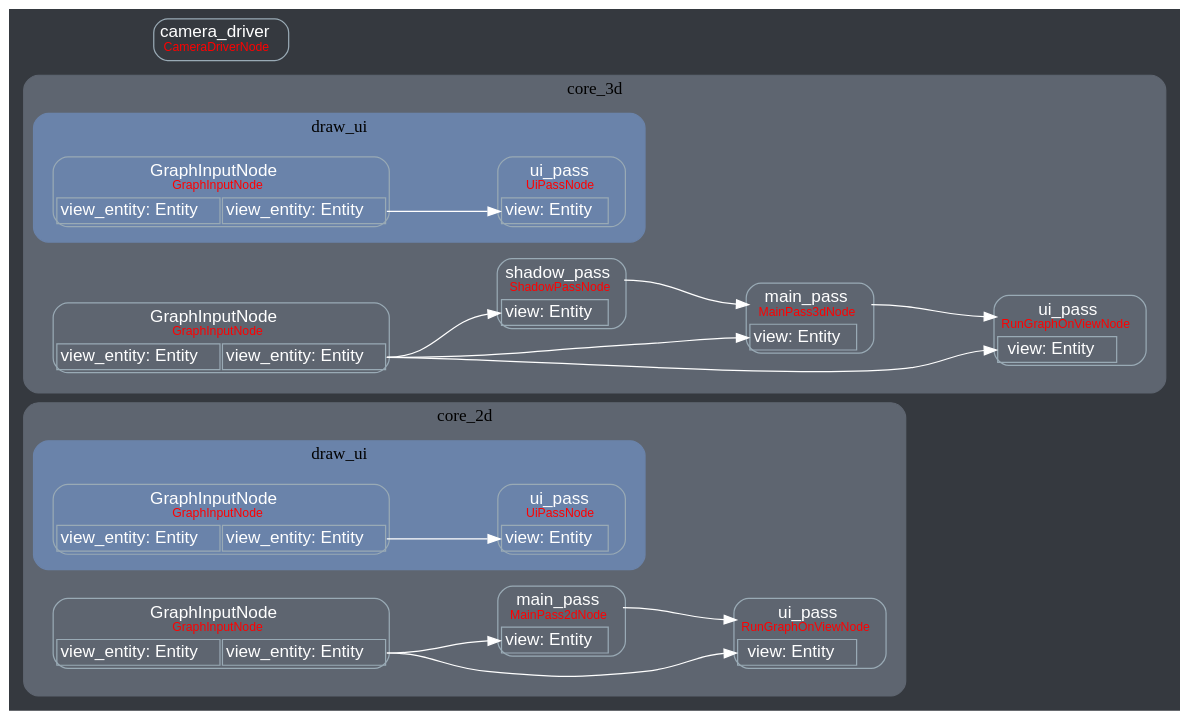
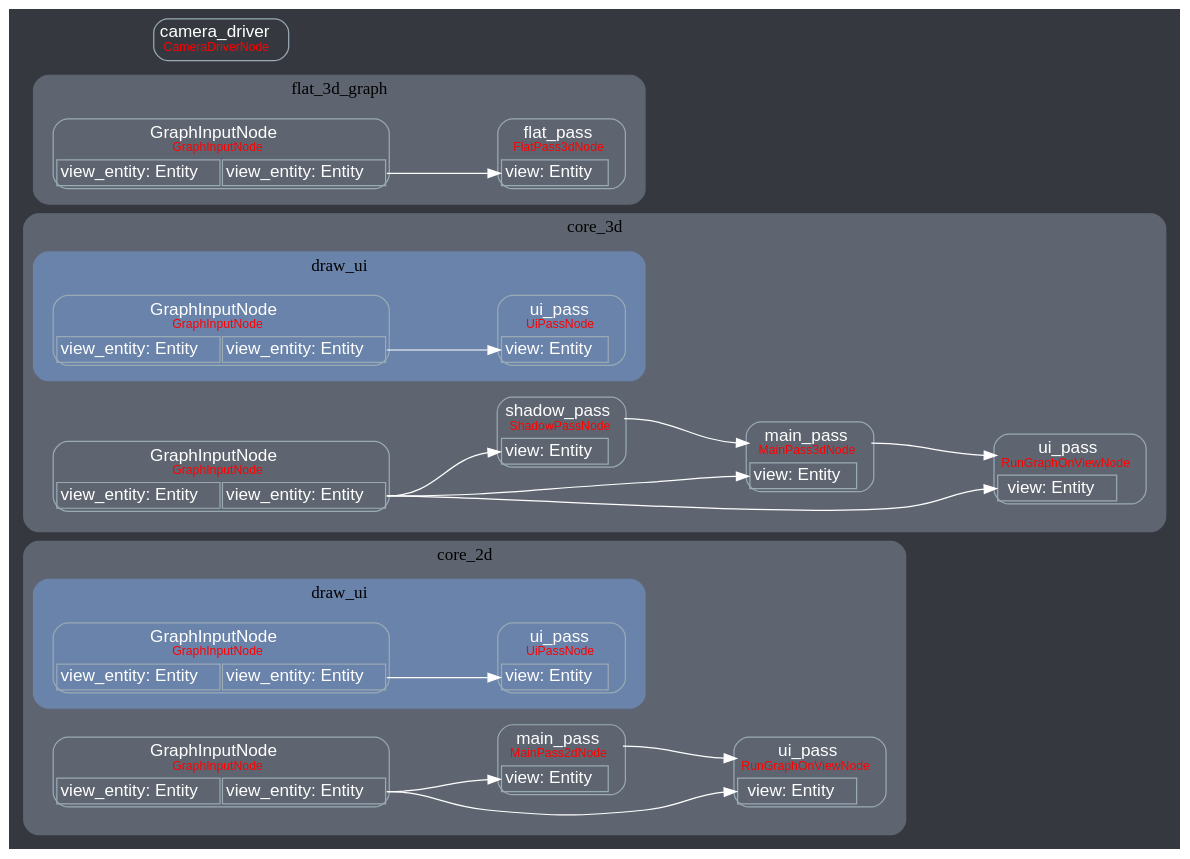
The diagram in render-graph.dot (felix-lipski/bevy-game01), drawn with Graphviz before and after one commit. The commit also changed 2 other files, not shown here.

```diff
--- a/render-graph.dot
+++ b/render-graph.dot
@@ -1,49 +1,57 @@
 digraph "RenderGraph" {
 	"rankdir"="LR";
 	"ranksep"="1.0";
 	graph ["bgcolor"="#35393F"];
 	edge ["fontname"="Helvetica", "fontcolor"="white"];
 	node ["shape"="plaintext", "fontname"="Helvetica", "fontcolor"="white"];
 	subgraph "cluster_core_2d" {
 		"label"="core_2d";
 		graph ["style"="rounded,filled", "color"="#5e6570", "fontcolor"="black"];
 		subgraph "cluster_core_2d_draw_ui" {
 			"label"="draw_ui";
 			graph ["style"="rounded,filled", "color"="#6a83aa", "fontcolor"="black"];
 			"_core_2d_draw_ui__core_2d_draw_uiGraphInputNode" ["label"=<<TABLE STYLE="rounded"><TR><TD PORT="title" BORDER="0" COLSPAN="2">GraphInputNode<BR/><FONT COLOR="red" POINT-SIZE="10">GraphInputNode</FONT></TD></TR><TR><TD PORT="in-0">view_entity: Entity</TD><TD PORT="out-0">view_entity: Entity</TD></TR></TABLE>>, "color"="#99aab5", "fillcolor"="#99aab5"]
 			"_core_2d_draw_ui__core_2d_draw_uiui_pass" ["label"=<<TABLE STYLE="rounded"><TR><TD PORT="title" BORDER="0" COLSPAN="2">ui_pass<BR/><FONT COLOR="red" POINT-SIZE="10">UiPassNode</FONT></TD></TR><TR><TD PORT="in-0">view: Entity</TD><TD BORDER="0">&nbsp;</TD></TR></TABLE>>, "color"="#99aab5", "fillcolor"="#99aab5"]
 			"_core_2d_draw_ui__core_2d_draw_uiGraphInputNode":"out-0:e" -> "_core_2d_draw_ui__core_2d_draw_uiui_pass":"in-0:w" ["color"="white"]
 		}
 		
 		"_core_2d__core_2dmain_pass" ["label"=<<TABLE STYLE="rounded"><TR><TD PORT="title" BORDER="0" COLSPAN="2">main_pass<BR/><FONT COLOR="red" POINT-SIZE="10">MainPass2dNode</FONT></TD></TR><TR><TD PORT="in-0">view: Entity</TD><TD BORDER="0">&nbsp;</TD></TR></TABLE>>, "color"="#99aab5", "fillcolor"="#99aab5"]
 		"_core_2d__core_2dGraphInputNode" ["label"=<<TABLE STYLE="rounded"><TR><TD PORT="title" BORDER="0" COLSPAN="2">GraphInputNode<BR/><FONT COLOR="red" POINT-SIZE="10">GraphInputNode</FONT></TD></TR><TR><TD PORT="in-0">view_entity: Entity</TD><TD PORT="out-0">view_entity: Entity</TD></TR></TABLE>>, "color"="#99aab5", "fillcolor"="#99aab5"]
 		"_core_2d__core_2dui_pass" ["label"=<<TABLE STYLE="rounded"><TR><TD PORT="title" BORDER="0" COLSPAN="2">ui_pass<BR/><FONT COLOR="red" POINT-SIZE="10">RunGraphOnViewNode</FONT></TD></TR><TR><TD PORT="in-0">view: Entity</TD><TD BORDER="0">&nbsp;</TD></TR></TABLE>>, "color"="#99aab5", "fillcolor"="#99aab5"]
 		"_core_2d__core_2dGraphInputNode":"out-0:e" -> "_core_2d__core_2dmain_pass":"in-0:w" ["color"="white"]
 		"_core_2d__core_2dmain_pass":"title:e" -> "_core_2d__core_2dui_pass":"title:w" ["color"="white"]
 		"_core_2d__core_2dGraphInputNode":"out-0:e" -> "_core_2d__core_2dui_pass":"in-0:w" ["color"="white"]
 	}
 	
 	subgraph "cluster_core_3d" {
 		"label"="core_3d";
 		graph ["style"="rounded,filled", "color"="#5e6570", "fontcolor"="black"];
 		subgraph "cluster_core_3d_draw_ui" {
 			"label"="draw_ui";
 			graph ["style"="rounded,filled", "color"="#6a83aa", "fontcolor"="black"];
 			"_core_3d_draw_ui__core_3d_draw_uiGraphInputNode" ["label"=<<TABLE STYLE="rounded"><TR><TD PORT="title" BORDER="0" COLSPAN="2">GraphInputNode<BR/><FONT COLOR="red" POINT-SIZE="10">GraphInputNode</FONT></TD></TR><TR><TD PORT="in-0">view_entity: Entity</TD><TD PORT="out-0">view_entity: Entity</TD></TR></TABLE>>, "color"="#99aab5", "fillcolor"="#99aab5"]
 			"_core_3d_draw_ui__core_3d_draw_uiui_pass" ["label"=<<TABLE STYLE="rounded"><TR><TD PORT="title" BORDER="0" COLSPAN="2">ui_pass<BR/><FONT COLOR="red" POINT-SIZE="10">UiPassNode</FONT></TD></TR><TR><TD PORT="in-0">view: Entity</TD><TD BORDER="0">&nbsp;</TD></TR></TABLE>>, "color"="#99aab5", "fillcolor"="#99aab5"]
 			"_core_3d_draw_ui__core_3d_draw_uiGraphInputNode":"out-0:e" -> "_core_3d_draw_ui__core_3d_draw_uiui_pass":"in-0:w" ["color"="white"]
 		}
 		
 		"_core_3d__core_3dmain_pass" ["label"=<<TABLE STYLE="rounded"><TR><TD PORT="title" BORDER="0" COLSPAN="2">main_pass<BR/><FONT COLOR="red" POINT-SIZE="10">MainPass3dNode</FONT></TD></TR><TR><TD PORT="in-0">view: Entity</TD><TD BORDER="0">&nbsp;</TD></TR></TABLE>>, "color"="#99aab5", "fillcolor"="#99aab5"]
 		"_core_3d__core_3dshadow_pass" ["label"=<<TABLE STYLE="rounded"><TR><TD PORT="title" BORDER="0" COLSPAN="2">shadow_pass<BR/><FONT COLOR="red" POINT-SIZE="10">ShadowPassNode</FONT></TD></TR><TR><TD PORT="in-0">view: Entity</TD><TD BORDER="0">&nbsp;</TD></TR></TABLE>>, "color"="#99aab5", "fillcolor"="#99aab5"]
 		"_core_3d__core_3dGraphInputNode" ["label"=<<TABLE STYLE="rounded"><TR><TD PORT="title" BORDER="0" COLSPAN="2">GraphInputNode<BR/><FONT COLOR="red" POINT-SIZE="10">GraphInputNode</FONT></TD></TR><TR><TD PORT="in-0">view_entity: Entity</TD><TD PORT="out-0">view_entity: Entity</TD></TR></TABLE>>, "color"="#99aab5", "fillcolor"="#99aab5"]
 		"_core_3d__core_3dui_pass" ["label"=<<TABLE STYLE="rounded"><TR><TD PORT="title" BORDER="0" COLSPAN="2">ui_pass<BR/><FONT COLOR="red" POINT-SIZE="10">RunGraphOnViewNode</FONT></TD></TR><TR><TD PORT="in-0">view: Entity</TD><TD BORDER="0">&nbsp;</TD></TR></TABLE>>, "color"="#99aab5", "fillcolor"="#99aab5"]
 		"_core_3d__core_3dGraphInputNode":"out-0:e" -> "_core_3d__core_3dmain_pass":"in-0:w" ["color"="white"]
 		"_core_3d__core_3dshadow_pass":"title:e" -> "_core_3d__core_3dmain_pass":"title:w" ["color"="white"]
 		"_core_3d__core_3dGraphInputNode":"out-0:e" -> "_core_3d__core_3dshadow_pass":"in-0:w" ["color"="white"]
 		"_core_3d__core_3dmain_pass":"title:e" -> "_core_3d__core_3dui_pass":"title:w" ["color"="white"]
 		"_core_3d__core_3dGraphInputNode":"out-0:e" -> "_core_3d__core_3dui_pass":"in-0:w" ["color"="white"]
 	}
 	
+	subgraph "cluster_flat_3d_graph" {
+		"label"="flat_3d_graph";
+		graph ["style"="rounded,filled", "color"="#5e6570", "fontcolor"="black"];
+		"_flat_3d_graph__flat_3d_graphGraphInputNode" ["label"=<<TABLE STYLE="rounded"><TR><TD PORT="title" BORDER="0" COLSPAN="2">GraphInputNode<BR/><FONT COLOR="red" POINT-SIZE="10">GraphInputNode</FONT></TD></TR><TR><TD PORT="in-0">view_entity: Entity</TD><TD PORT="out-0">view_entity: Entity</TD></TR></TABLE>>, "color"="#99aab5", "fillcolor"="#99aab5"]
+		"_flat_3d_graph__flat_3d_graphflat_pass" ["label"=<<TABLE STYLE="rounded"><TR><TD PORT="title" BORDER="0" COLSPAN="2">flat_pass<BR/><FONT COLOR="red" POINT-SIZE="10">FlatPass3dNode</FONT></TD></TR><TR><TD PORT="in-0">view: Entity</TD><TD BORDER="0">&nbsp;</TD></TR></TABLE>>, "color"="#99aab5", "fillcolor"="#99aab5"]
+		"_flat_3d_graph__flat_3d_graphGraphInputNode":"out-0:e" -> "_flat_3d_graph__flat_3d_graphflat_pass":"in-0:w" ["color"="white"]
+	}
+	
 	"_camera_driver" ["label"=<<TABLE STYLE="rounded"><TR><TD PORT="title" BORDER="0" COLSPAN="2">camera_driver<BR/><FONT COLOR="red" POINT-SIZE="10">CameraDriverNode</FONT></TD></TR></TABLE>>, "color"="#99aab5", "fillcolor"="#99aab5"]
 }
```
